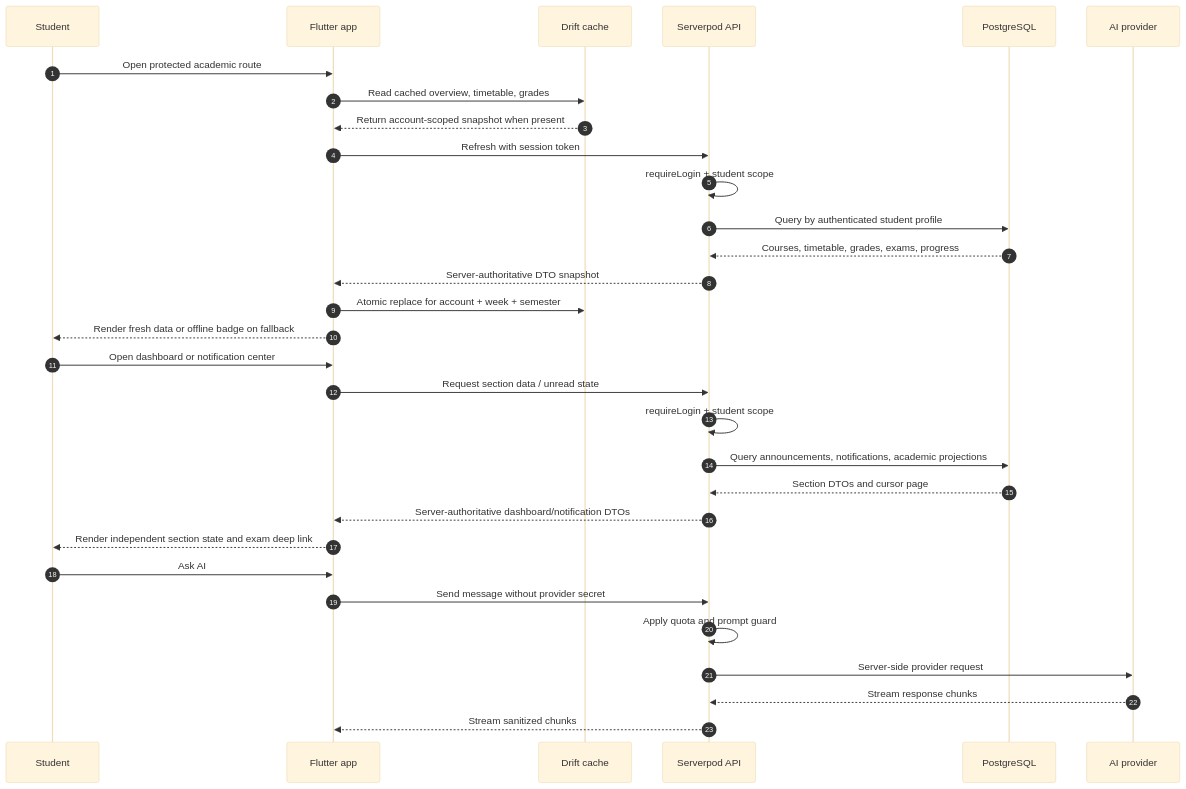
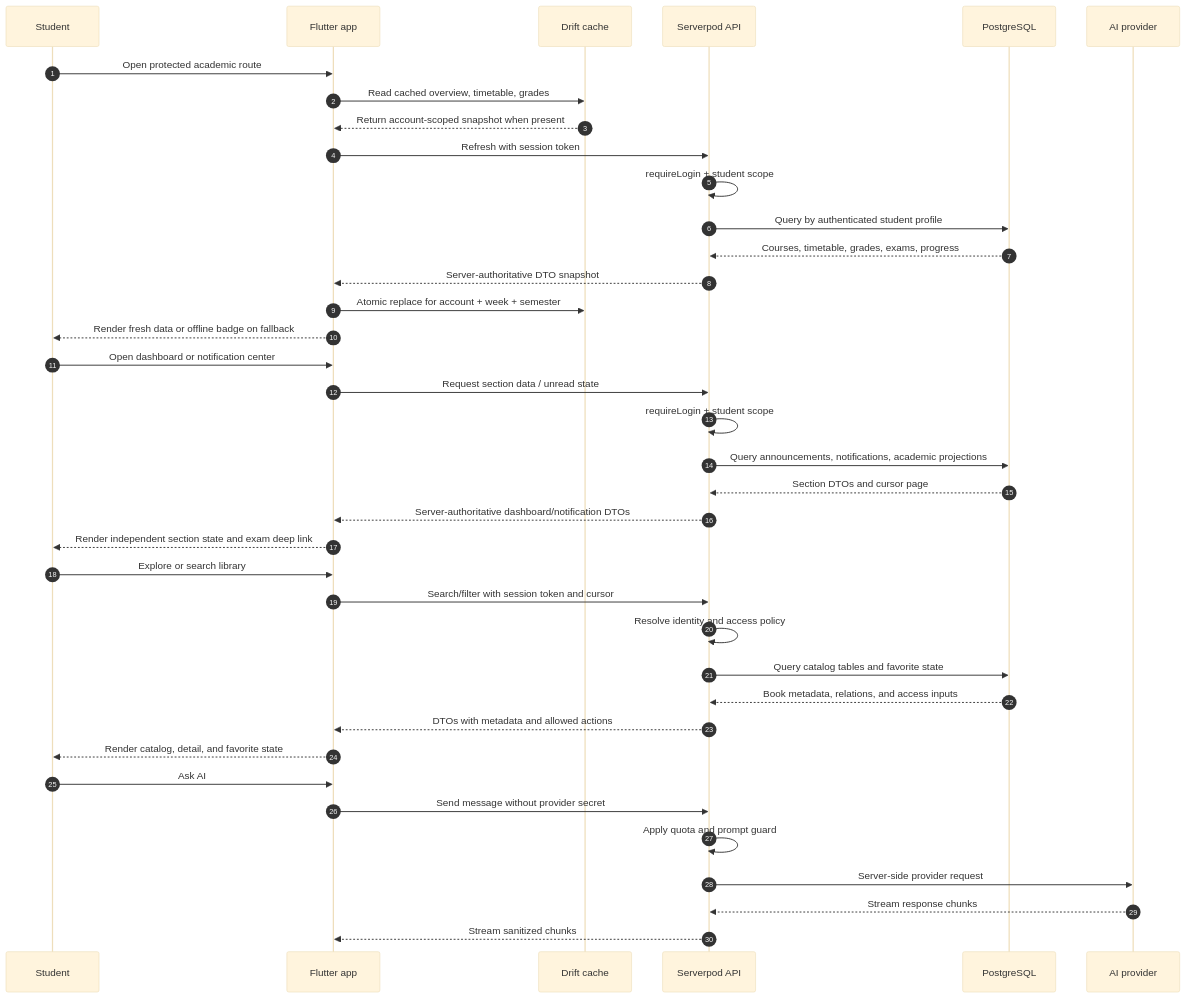
One commit to JasonTM17/CampusMate changed the second of 2 diagrams in docs/architecture.md. Above: the diagram before and after it, drawn with Mermaid (base theme). The commit also changed other lines of this file and 90 other files, not shown here.

Commit message:
feat(library): add catalog access policy

````diff
--- a/docs/architecture.md
+++ b/docs/architecture.md
@@ -80,36 +80,44 @@
 ```mermaid
 sequenceDiagram
     autonumber
     participant Student
     participant Mobile as Flutter app
     participant Cache as Drift cache
     participant API as Serverpod API
     participant DB as PostgreSQL
     participant AI as AI provider
 
     Student->>Mobile: Open protected academic route
     Mobile->>Cache: Read cached overview, timetable, grades
     Cache-->>Mobile: Return account-scoped snapshot when present
     Mobile->>API: Refresh with session token
     API->>API: requireLogin + student scope
     API->>DB: Query by authenticated student profile
     DB-->>API: Courses, timetable, grades, exams, progress
     API-->>Mobile: Server-authoritative DTO snapshot
     Mobile->>Cache: Atomic replace for account + week + semester
     Mobile-->>Student: Render fresh data or offline badge on fallback
 
     Student->>Mobile: Open dashboard or notification center
     Mobile->>API: Request section data / unread state
     API->>API: requireLogin + student scope
     API->>DB: Query announcements, notifications, academic projections
     DB-->>API: Section DTOs and cursor page
     API-->>Mobile: Server-authoritative dashboard/notification DTOs
     Mobile-->>Student: Render independent section state and exam deep link
 
+    Student->>Mobile: Explore or search library
+    Mobile->>API: Search/filter with session token and cursor
+    API->>API: Resolve identity and access policy
+    API->>DB: Query catalog tables and favorite state
+    DB-->>API: Book metadata, relations, and access inputs
+    API-->>Mobile: DTOs with metadata and allowed actions
+    Mobile-->>Student: Render catalog, detail, and favorite state
+
     Student->>Mobile: Ask AI
     Mobile->>API: Send message without provider secret
     API->>API: Apply quota and prompt guard
     API->>AI: Server-side provider request
     AI-->>API: Stream response chunks
     API-->>Mobile: Stream sanitized chunks
 ```
````
